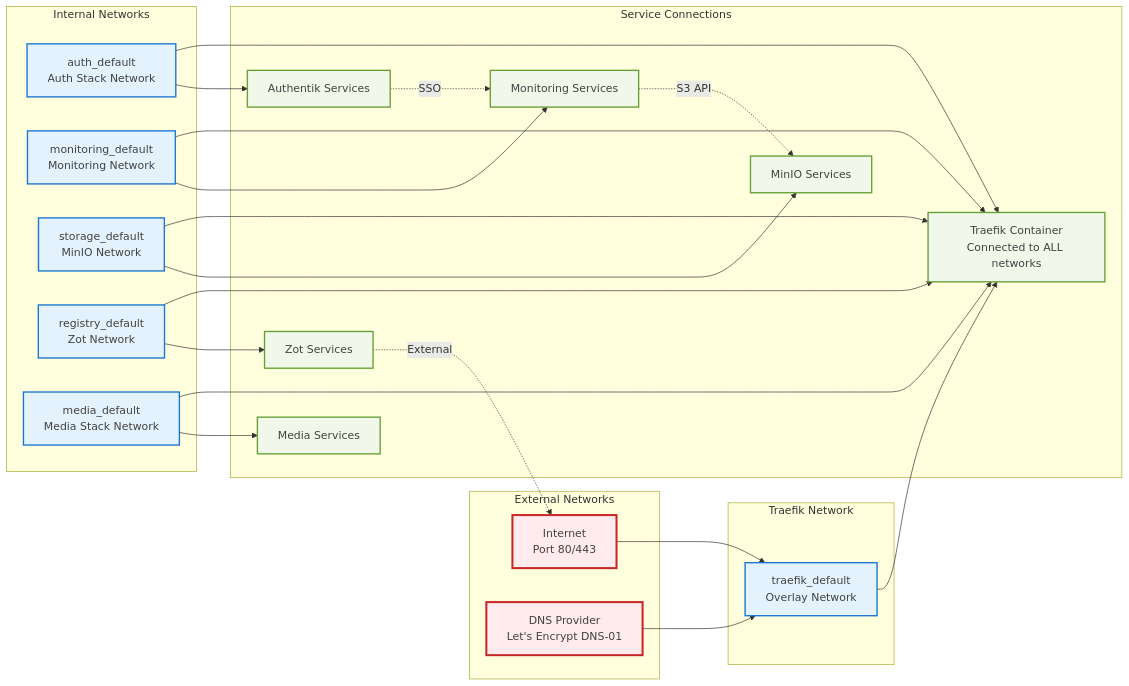
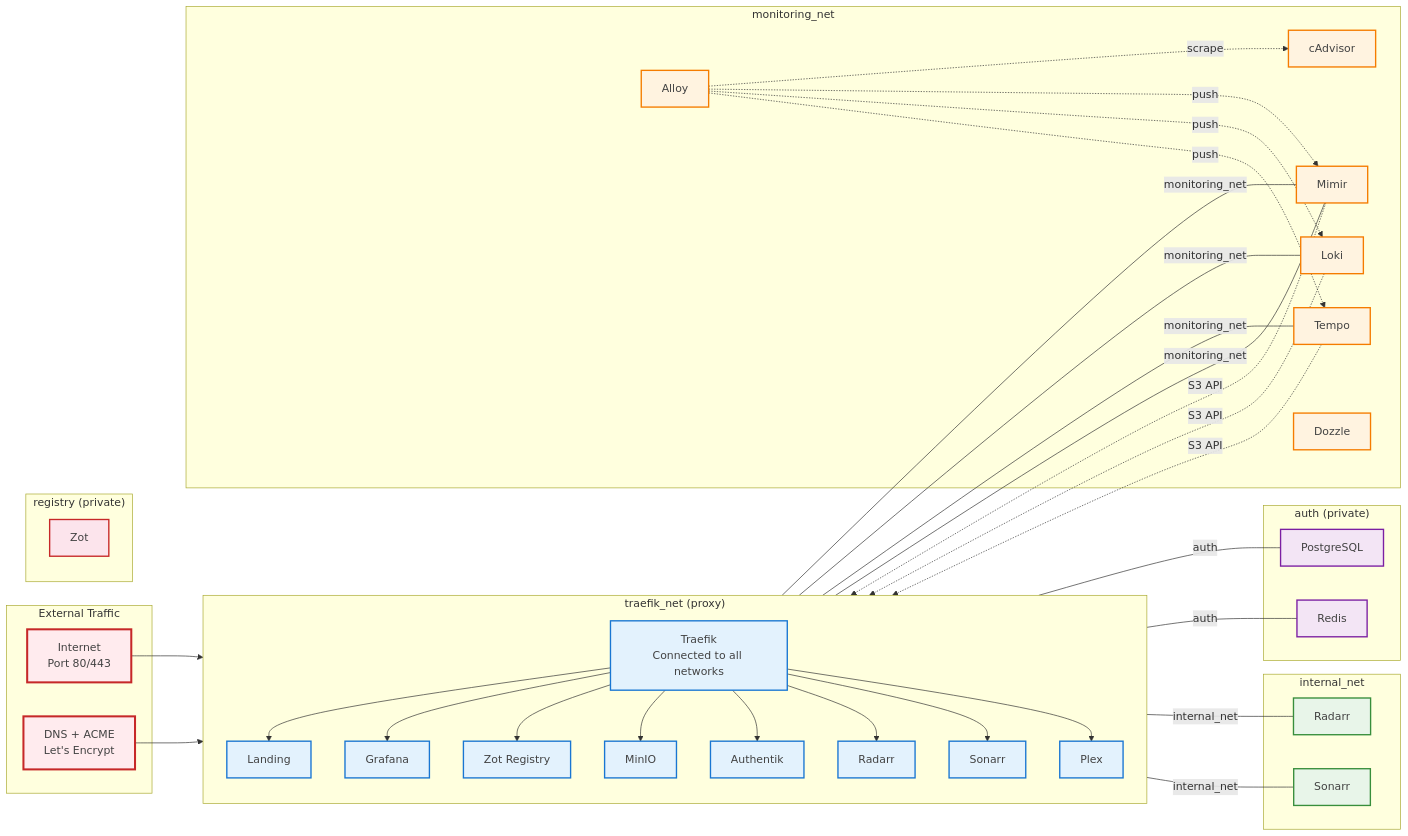
The second of 2 diagrams in README.md (mkm29/registry), drawn with Mermaid before and after one commit. The commit also changed other lines of this file and 98 other files, not shown here.

````diff
--- a/README.md
+++ b/README.md
@@ -247,56 +116,97 @@
 ```mermaid
 graph LR
-    subgraph "External Networks"
-        Internet[Internet<br/>Port 80/443]
-        DNS[DNS Provider<br/>Let's Encrypt DNS-01]
+    subgraph "External Traffic"
+        Internet["Internet<br/>Port 80/443"]
+        DNS["DNS + ACME<br/>Let's Encrypt"]
     end
 
-    subgraph "Traefik Network"
-        TraefikNet[traefik_default<br/>Overlay Network]
+    subgraph "traefik_net (proxy)"
+        direction TB
+        TraefikSvc["Traefik<br/>Connected to all networks"]
+        LandingSvc["Landing"]
+        GrafanaSvc["Grafana"]
+        ZotSvc["Zot Registry"]
+        MinIOSvc["MinIO"]
+        RadarrSvc["Radarr"]
+        SonarrSvc["Sonarr"]
+        PlexSvc["Plex"]
+        AuthentikSvc["Authentik"]
     end
 
-    subgraph "Internal Networks"
-        AuthNet[auth_default<br/>Auth Stack Network]
-        MonNet[monitoring_default<br/>Monitoring Network]
-        StorageNet[storage_default<br/>MinIO Network]
-        RegistryNet[registry_default<br/>Zot Network]
-        MediaNet[media_default<br/>Media Stack Network]
+    subgraph "monitoring_net"
+        MimirSvc["Mimir"]
+        LokiSvc["Loki"]
+        TempoSvc["Tempo"]
+        AlloySvc["Alloy"]
+        cAdvisorSvc["cAdvisor"]
+        DozzleSvc["Dozzle"]
     end
 
-    subgraph "Service Connections"
-        TraefikSvc[Traefik Container<br/>Connected to ALL networks]
-        AuthSvc[Authentik Services]
-        MonSvc[Monitoring Services]
-        StorageSvc[MinIO Services]
-        RegistrySvc[Zot Services]
-        MediaSvc[Media Services]
+    subgraph "internal_net"
+        RadarrInt["Radarr"]
+        SonarrInt["Sonarr"]
     end
 
-    Internet --> TraefikNet
-    DNS --> TraefikNet
+    subgraph "auth (private)"
+        PostgresSvc["PostgreSQL"]
+        RedisSvc["Redis"]
+    end
 
-    TraefikNet --> TraefikSvc
-    AuthNet --> TraefikSvc
-    MonNet --> TraefikSvc
-    StorageNet --> TraefikSvc
-    RegistryNet --> TraefikSvc
-    MediaNet --> TraefikSvc
+    subgraph "registry (private)"
+        ZotInt["Zot"]
+    end
 
-    AuthNet --> AuthSvc
-    MonNet --> MonSvc
-    StorageNet --> StorageSvc
-    RegistryNet --> RegistrySvc
-    MediaNet --> MediaSvc
+    %% External ingress
+    Internet --> TraefikSvc
+    DNS --> TraefikSvc
 
-    MonSvc -.->|S3 API| StorageSvc
-    AuthSvc -.->|SSO| MonSvc
-    RegistrySvc -.->|External| Internet
+    %% Traefik routes to proxy-network services
+    TraefikSvc --> LandingSvc
+    TraefikSvc --> GrafanaSvc
+    TraefikSvc --> ZotSvc
+    TraefikSvc --> MinIOSvc
+    TraefikSvc --> AuthentikSvc
+    TraefikSvc --> RadarrSvc
+    TraefikSvc --> SonarrSvc
+    TraefikSvc --> PlexSvc
 
+    %% Cross-network connections
+    GrafanaSvc ---|monitoring_net| MimirSvc
+    GrafanaSvc ---|monitoring_net| LokiSvc
+    GrafanaSvc ---|monitoring_net| TempoSvc
+    MinIOSvc ---|monitoring_net| MimirSvc
+
+    %% Auth private network
+    AuthentikSvc ---|auth| PostgresSvc
+    AuthentikSvc ---|auth| RedisSvc
+
+    %% Internal media network
+    RadarrSvc ---|internal_net| RadarrInt
+    SonarrSvc ---|internal_net| SonarrInt
+
+    %% Telemetry collection
+    AlloySvc -.->|scrape| cAdvisorSvc
+    AlloySvc -.->|push| MimirSvc
+    AlloySvc -.->|push| LokiSvc
+    AlloySvc -.->|push| TempoSvc
+
+    %% S3 storage
+    MimirSvc -.->|S3 API| MinIOSvc
+    LokiSvc -.->|S3 API| MinIOSvc
+    TempoSvc -.->|S3 API| MinIOSvc
+
+    %% Styling
     classDef external fill:#ffebee,stroke:#c62828,stroke-width:3px,color:#424242
-    classDef network fill:#e3f2fd,stroke:#1976d2,stroke-width:2px,color:#424242
-    classDef service fill:#f1f8e9,stroke:#689f38,stroke-width:2px,color:#424242
+    classDef proxy fill:#e3f2fd,stroke:#1976d2,stroke-width:2px,color:#424242
+    classDef monitoring fill:#fff3e0,stroke:#f57c00,stroke-width:2px,color:#424242
+    classDef internal fill:#e8f5e9,stroke:#388e3c,stroke-width:2px,color:#424242
+    classDef auth fill:#f3e5f5,stroke:#7b1fa2,stroke-width:2px,color:#424242
+    classDef registry fill:#fce4ec,stroke:#c62828,stroke-width:2px,color:#424242
 
     class Internet,DNS external
-    class TraefikNet,AuthNet,MonNet,StorageNet,RegistryNet,MediaNet network
-    class TraefikSvc,AuthSvc,MonSvc,StorageSvc,RegistrySvc,MediaSvc service
+    class TraefikSvc,LandingSvc,GrafanaSvc,ZotSvc,MinIOSvc,RadarrSvc,SonarrSvc,PlexSvc,AuthentikSvc proxy
+    class MimirSvc,LokiSvc,TempoSvc,AlloySvc,cAdvisorSvc,DozzleSvc monitoring
+    class RadarrInt,SonarrInt internal
+    class PostgresSvc,RedisSvc auth
+    class ZotInt registry
 ```
````
